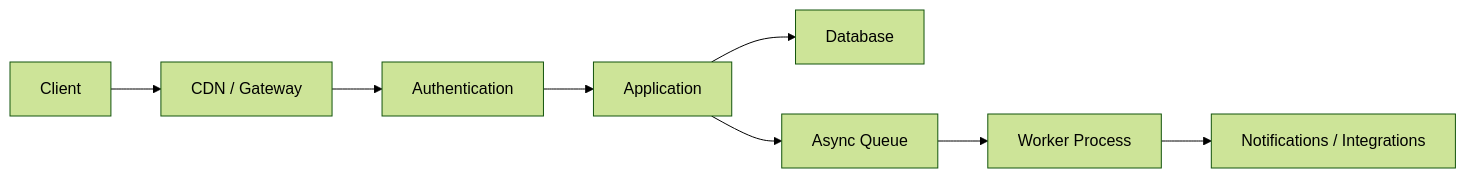
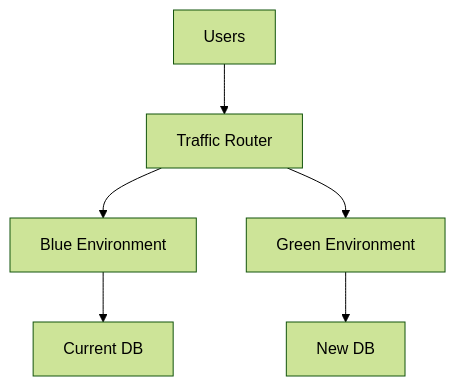
Before and after one commit to quesiblaq442-del/architecture-diagram: diagram 15 of 26 in ARCHITECTURE.md, drawn with Mermaid (forest theme). The commit also changed other lines of this file, not shown here.

Commit message:
Refresh the architecture document for a more polished, eye-catching overview

````diff
--- a/ARCHITECTURE.md
+++ b/ARCHITECTURE.md
@@ -465,10 +364,8 @@
 ```mermaid
-graph LR
-    Client["Client"] --> Edge["CDN / Gateway"]
-    Edge --> Auth["Authentication"]
-    Auth --> App["Application"]
-    App --> DB["Database"]
-    App --> Queue["Async Queue"]
-    Queue --> Worker["Worker Process"]
-    Worker --> Notify["Notifications / Integrations"]
+graph TB
+    Users["Users"] --> LB["Traffic Router"]
+    LB --> Blue["Blue Environment"]
+    LB --> Green["Green Environment"]
+    Blue --> DB1["Current DB"]
+    Green --> DB2["New DB"]
 ```
````
